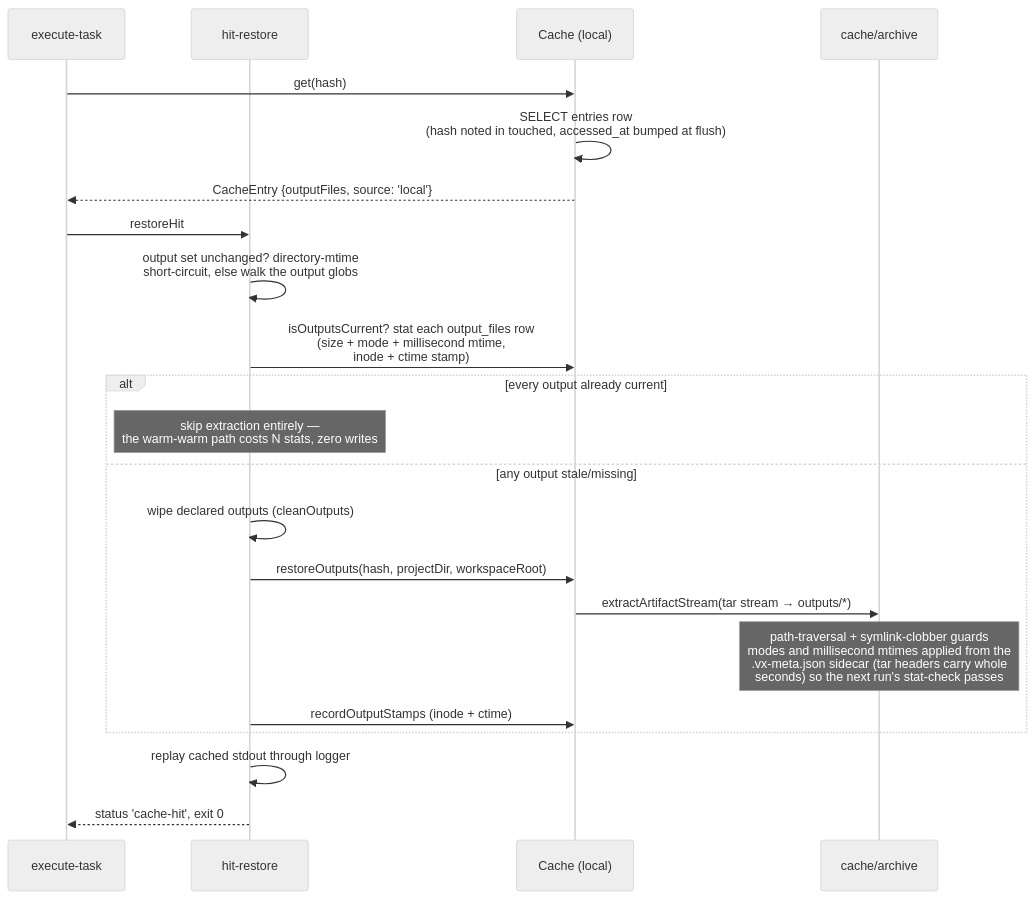
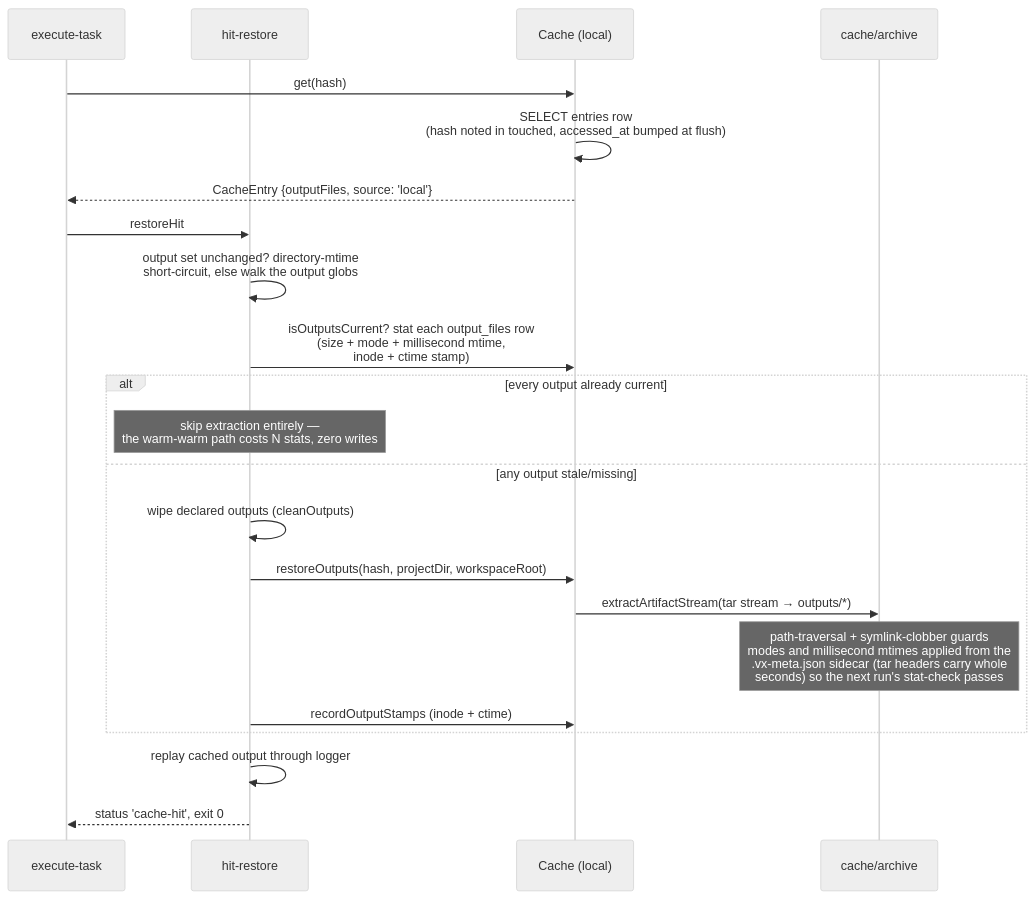
The second of 10 diagrams in packages/vx/docs/flows.md (vznjs/vx), drawn with Mermaid (neutral theme) before and after one commit. The commit also changed 30 other files, not shown here.

````diff
--- a/packages/vx/docs/flows.md
+++ b/packages/vx/docs/flows.md
@@ -50,25 +50,25 @@
 ```mermaid
 sequenceDiagram
     participant X as execute-task
     participant H as hit-restore
     participant C as Cache (local)
     participant T as cache/archive
 
     X->>C: get(hash)
     C->>C: SELECT entries row<br/>(hash noted in touched, accessed_at bumped at flush)
     C-->>X: CacheEntry {outputFiles, source: 'local'}
     X->>H: restoreHit
     H->>H: output set unchanged? directory-mtime<br/>short-circuit, else walk the output globs
     H->>C: isOutputsCurrent? stat each output_files row<br/>(size + mode + millisecond mtime,<br/>inode + ctime stamp)
     alt every output already current
         Note over H: skip extraction entirely —<br/>the warm-warm path costs N stats, zero writes
     else any output stale/missing
         H->>H: wipe declared outputs (cleanOutputs)
         H->>C: restoreOutputs(hash, projectDir, workspaceRoot)
         C->>T: extractArtifactStream(tar stream → outputs/*)
         Note over T: path-traversal + symlink-clobber guards<br/>modes and millisecond mtimes applied from the<br/>.vx-meta.json sidecar (tar headers carry whole<br/>seconds) so the next run's stat-check passes
         H->>C: recordOutputStamps (inode + ctime)
     end
-    H->>H: replay cached stdout through logger
+    H->>H: replay cached output through logger
     H-->>X: status 'cache-hit', exit 0
 ```
````
